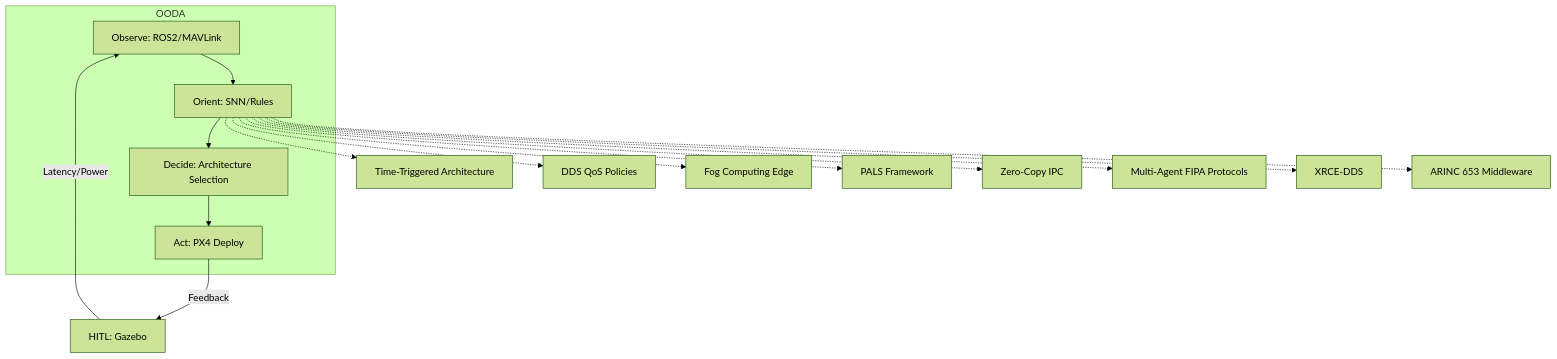
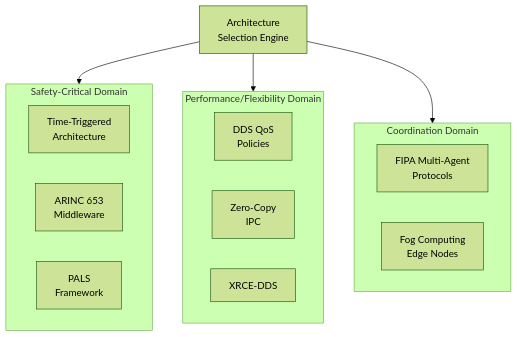
One commit to vriesz/fuse changed the second of 6 diagrams in monography.md. Above: the diagram before and after it, drawn with Mermaid (forest theme). The commit also changed other lines of this file, not shown here.

Commit message:
decomposed chart

````diff
--- a/monography.md
+++ b/monography.md
@@ -64,18 +79,23 @@
-```mermaid  
-flowchart TB  
-    subgraph OODA  
-        O[Observe: ROS2/MAVLink] --> R[Orient: SNN/Rules]  
-        R --> D[Decide: Architecture Selection]  
-        D --> A[Act: PX4 Deploy]  
-    end  
-    A -->|Feedback| HITL[HITL: Gazebo]  
-    HITL -->|Latency/Power| O  
-    R -.-> T[Time-Triggered Architecture]
-    R -.-> Q[DDS QoS Policies]
-    R -.-> F[Fog Computing Edge]
-    R -.-> P[PALS Framework]
-    R -.-> Z[Zero-Copy IPC]
-    R -.-> M[Multi-Agent FIPA Protocols]
-    R -.-> X[XRCE-DDS]
-    R -.-> A653[ARINC 653 Middleware]
-```  
+```mermaid
+flowchart TB
+    subgraph Safety["Safety-Critical Domain"]
+        TTA[Time-Triggered<br>Architecture]
+        ARINC[ARINC 653<br>Middleware]
+        PALS[PALS<br>Framework]
+    end
+    
+    subgraph Performance["Performance/Flexibility Domain"]
+        DDS[DDS QoS<br>Policies]
+        ZERO[Zero-Copy<br>IPC]
+        XRCE[XRCE-DDS]
+    end
+    
+    subgraph Coordination["Coordination Domain"]
+        FIPA[FIPA Multi-Agent<br>Protocols]
+        FOG[Fog Computing<br>Edge Nodes]
+    end
+    
+    DECIDE[Architecture<br>Selection Engine] --> Safety
+    DECIDE --> Performance
+    DECIDE --> Coordination
+```
````
